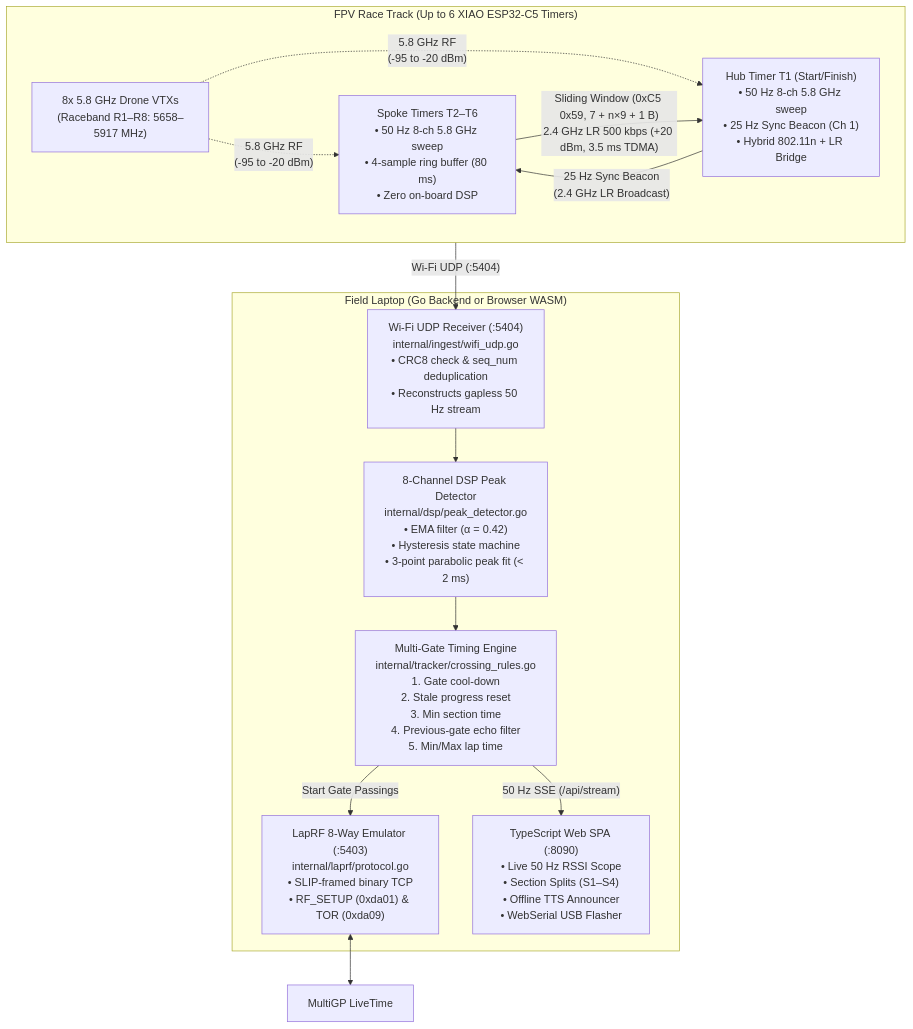
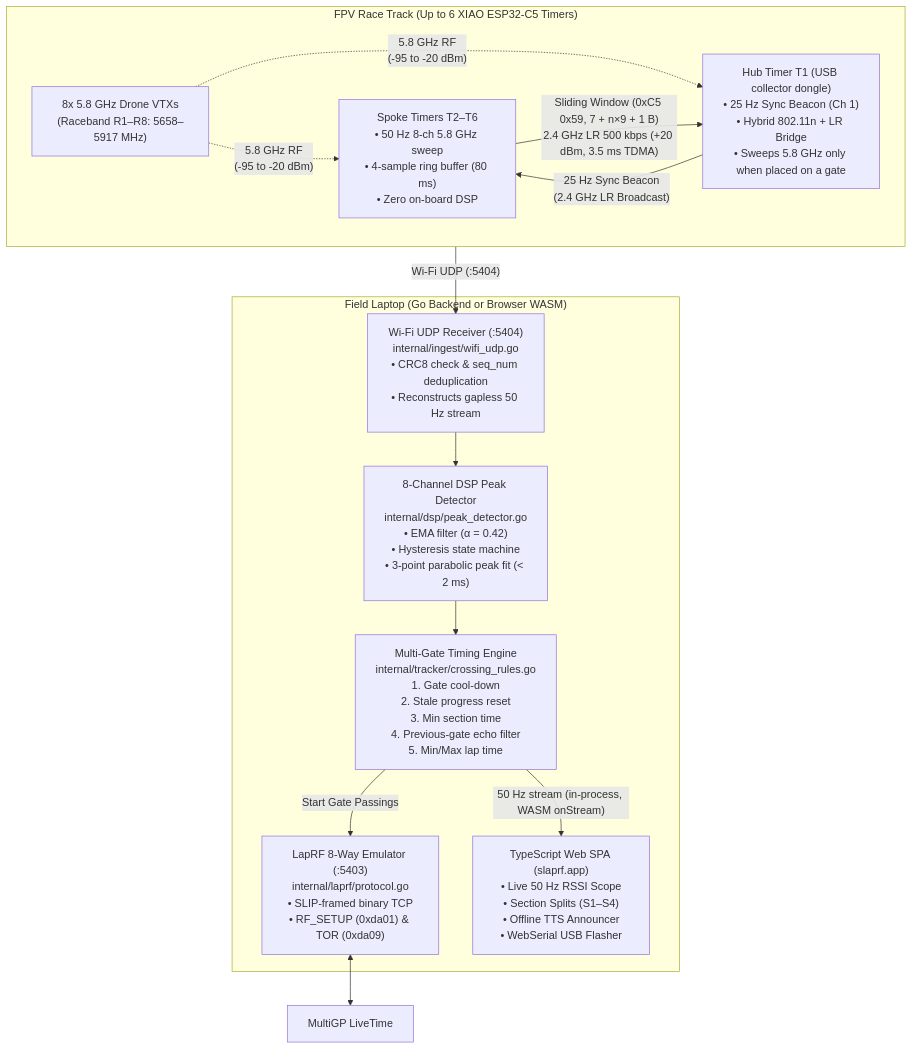
Before and after one commit to kaack/SlapRF: the first of 6 diagrams in docs/ARCHITECTURE.md, drawn with Mermaid. The commit also changed other lines of this file and 82 other files, not shown here.

First line of the commit message:
WIP: browser-only app, LiveTime relay, IndexedDB, offline PWA, Hub-at-gate, 100 Hz low-latency firmware

````diff
--- a/docs/ARCHITECTURE.md
+++ b/docs/ARCHITECTURE.md
@@ -39,31 +40,31 @@
 ```mermaid
 flowchart TB
     subgraph Field["FPV Race Track (Up to 6 XIAO ESP32-C5 Timers)"]
         direction LR
         VTX["8x 5.8 GHz Drone VTXs\n(Raceband R1–R8: 5658–5917 MHz)"]
         Spokes["Spoke Timers T2–T6\n• 50 Hz 8-ch 5.8 GHz sweep\n• 4-sample ring buffer (80 ms)\n• Zero on-board DSP"]
-        Hub["Hub Timer T1 (Start/Finish)\n• 50 Hz 8-ch 5.8 GHz sweep\n• 25 Hz Sync Beacon (Ch 1)\n• Hybrid 802.11n + LR Bridge"]
+        Hub["Hub Timer T1 (USB collector dongle)\n• 25 Hz Sync Beacon (Ch 1)\n• Hybrid 802.11n + LR Bridge\n• Sweeps 5.8 GHz only when placed on a gate"]
 
         VTX -. "5.8 GHz RF\n(-95 to -20 dBm)" .-> Spokes
         VTX -. "5.8 GHz RF\n(-95 to -20 dBm)" .-> Hub
         Hub -- "25 Hz Sync Beacon\n(2.4 GHz LR Broadcast)" --> Spokes
         Spokes -- "Sliding Window (0xC5 0x59, 7 + n×9 + 1 B)\n2.4 GHz LR 500 kbps (+20 dBm, 3.5 ms TDMA)" --> Hub
     end
 
     subgraph Laptop["Field Laptop (Go Backend or Browser WASM)"]
         UDP["Wi-Fi UDP Receiver (:5404)\ninternal/ingest/wifi_udp.go\n• CRC8 check & seq_num deduplication\n• Reconstructs gapless 50 Hz stream"]
         DSP["8-Channel DSP Peak Detector\ninternal/dsp/peak_detector.go\n• EMA filter (α = 0.42)\n• Hysteresis state machine\n• 3-point parabolic peak fit (< 2 ms)"]
         Rules["Multi-Gate Timing Engine\ninternal/tracker/crossing_rules.go\n1. Gate cool-down\n2. Stale progress reset\n3. Min section time\n4. Previous-gate echo filter\n5. Min/Max lap time"]
         LapRF["LapRF 8-Way Emulator (:5403)\ninternal/laprf/protocol.go\n• SLIP-framed binary TCP\n• RF_SETUP (0xda01) & TOR (0xda09)"]
-        SPA["TypeScript Web SPA (:8090)\n• Live 50 Hz RSSI Scope\n• Section Splits (S1–S4)\n• Offline TTS Announcer\n• WebSerial USB Flasher"]
+        SPA["TypeScript Web SPA (slaprf.app)\n• Live 50 Hz RSSI Scope\n• Section Splits (S1–S4)\n• Offline TTS Announcer\n• WebSerial USB Flasher"]
 
         Hub -- "Wi-Fi UDP (:5404)" --> UDP
         UDP --> DSP
         DSP --> Rules
-        Rules -- "50 Hz SSE (/api/stream)" --> SPA
+        Rules -- "50 Hz stream (in-process, WASM onStream)" --> SPA
         Rules -- "Start Gate Passings" --> LapRF
     end
 
     LiveTime["MultiGP LiveTime"]
     LapRF <--> LiveTime
 ```
````
